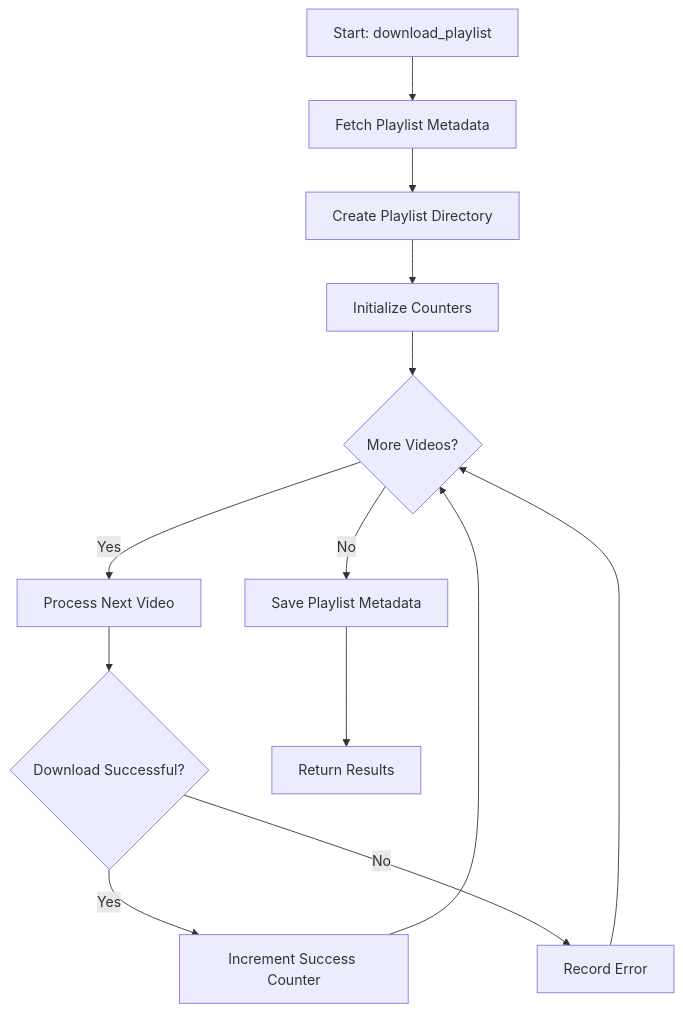
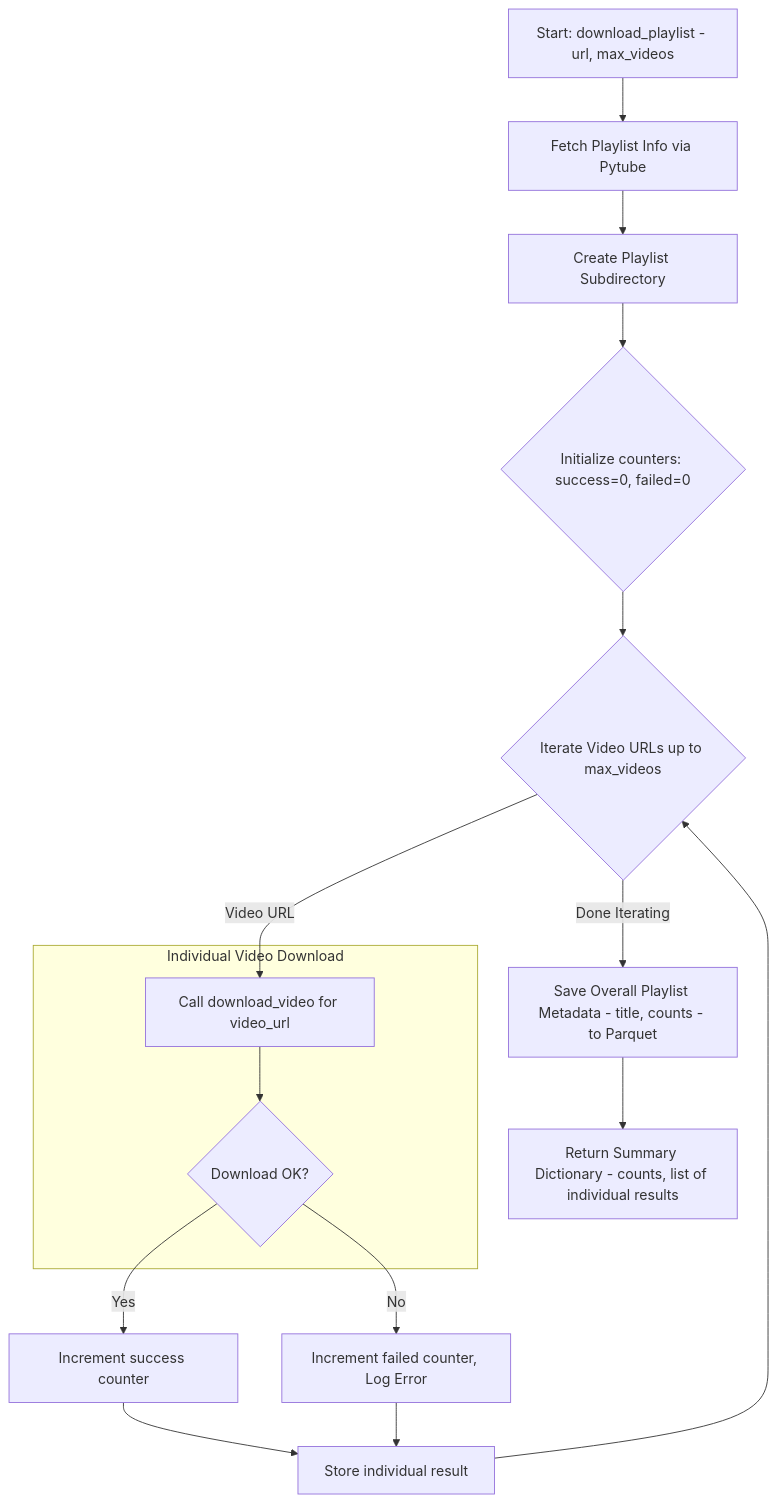
Before and after one commit to Ollama-Agent-Roll-Cage/oarc-crawlers: the sixth of 25 diagrams in docs/Crawlers.md, drawn with Mermaid. The commit also changed other lines of this file and 9 other files, not shown here.

````diff
--- a/docs/Crawlers.md
+++ b/docs/Crawlers.md
@@ -229,15 +233,18 @@
 ```mermaid
-flowchart TD
-    A[Start: download_playlist] --> B[Fetch Playlist Metadata]
-    B --> C[Create Playlist Directory]
-    C --> D[Initialize Counters]
-    D --> E{More Videos?}
-    E -->|Yes| F[Process Next Video]
-    F --> G{Download Successful?}
-    G -->|Yes| H[Increment Success Counter]
-    G -->|No| I[Record Error]
-    H --> E
-    I --> E
-    E -->|No| J[Save Playlist Metadata]
-    J --> K[Return Results]
+graph TD
+    A[Start: download_playlist - url, max_videos] --> B[Fetch Playlist Info via Pytube]
+    B --> C[Create Playlist Subdirectory]
+    C --> D{Initialize counters: success=0, failed=0}
+    D --> E{Iterate Video URLs up to max_videos}
+    E -- Video URL --> F[Call download_video for video_url]
+    subgraph Individual Video Download
+        F --> G{Download OK?}
+    end
+    G -- Yes --> H[Increment success counter]
+    G -- No --> I[Increment failed counter, Log Error]
+    H --> J[Store individual result]
+    I --> J
+    J --> E
+    E -- Done Iterating --> K[Save Overall Playlist Metadata - title, counts - to Parquet]
+    K --> L[Return Summary Dictionary - counts, list of individual results]
 ```
````
